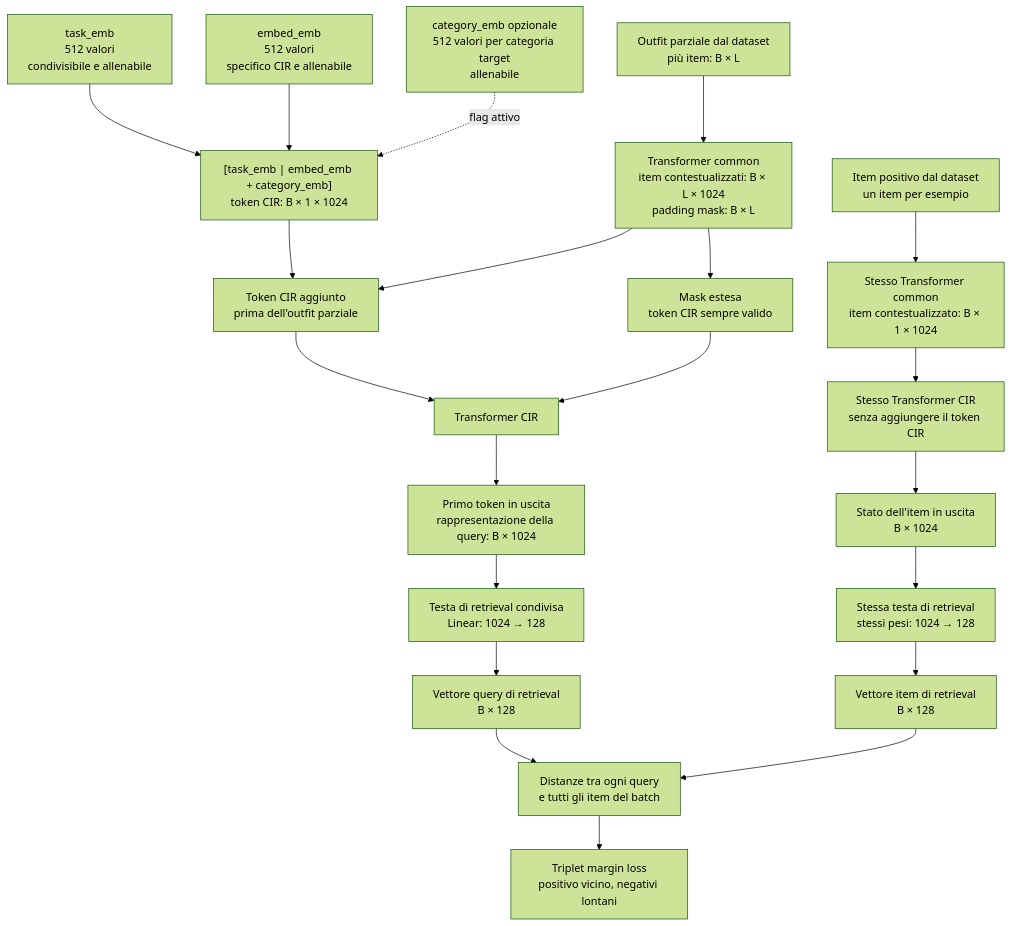
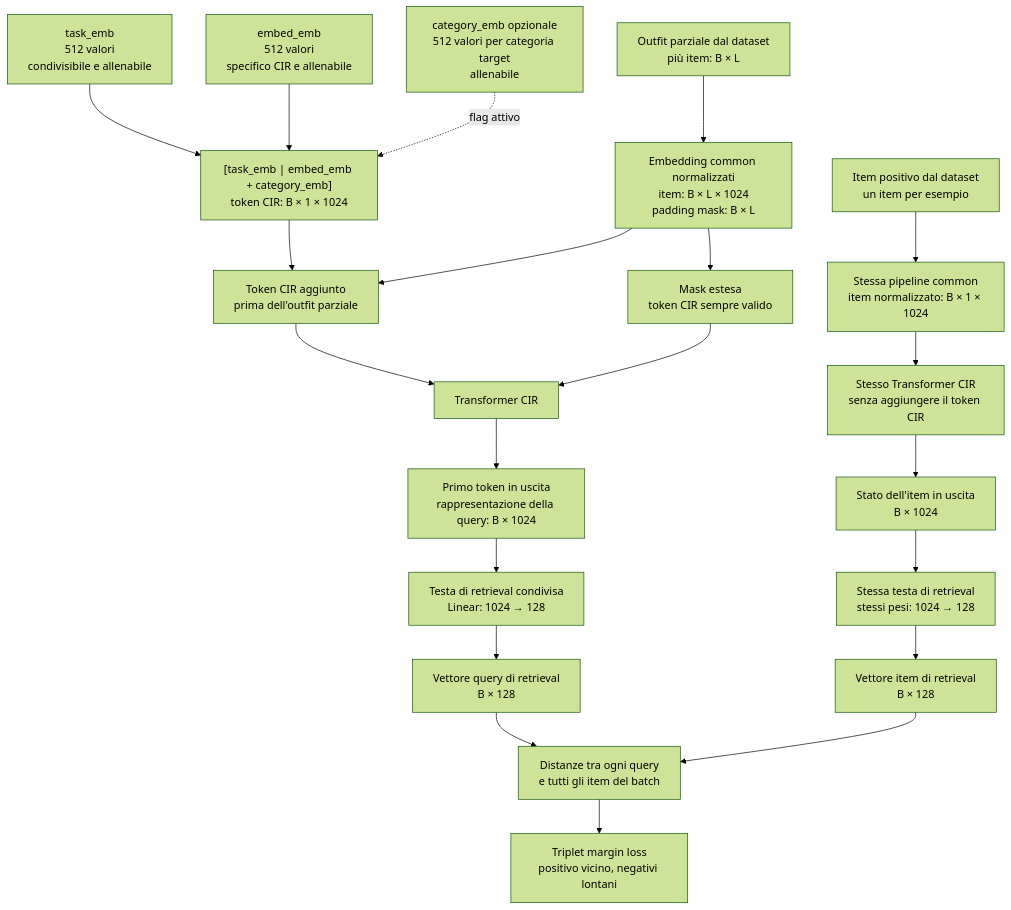
Before and after one commit to FlorindoDev/OutfitTransformer: the first of 2 diagrams in model/CIR/README.md, drawn with Mermaid (forest theme). The commit also changed other lines of this file and 25 other files, not shown here.

First line of the commit message:
refactor(model)!: remove common transformer

````diff
--- a/model/CIR/README.md
+++ b/model/CIR/README.md
@@ -46,48 +46,48 @@
 ```mermaid
 flowchart TD
     PARTIAL["Outfit parziale dal dataset<br/>più item: B × L"]
-    COMMON_QUERY["Transformer common<br/>item contestualizzati: B × L × 1024<br/>padding mask: B × L"]
+    COMMON_QUERY["Embedding common normalizzati<br/>item: B × L × 1024<br/>padding mask: B × L"]
     TASK["task_emb<br/>512 valori<br/>condivisibile e allenabile"]
     EMBED["embed_emb<br/>512 valori<br/>specifico CIR e allenabile"]
     CATEGORY["category_emb opzionale<br/>512 valori per categoria target<br/>allenabile"]
     TOKEN["[task_emb | embed_emb + category_emb]<br/>token CIR: B × 1 × 1024"]
     PREPEND["Token CIR aggiunto<br/>prima dell'outfit parziale"]
     MASK["Mask estesa<br/>token CIR sempre valido"]
     QUERY_TRANSFORMER["Transformer CIR"]
     QUERY_STATE["Primo token in uscita<br/>rappresentazione della query: B × 1024"]
     QUERY_HEAD["Testa di retrieval condivisa<br/>Linear: 1024 → 128"]
     QUERY_VECTOR["Vettore query di retrieval<br/>B × 128"]
 
     POSITIVE["Item positivo dal dataset<br/>un item per esempio"]
-    COMMON_ITEM["Stesso Transformer common<br/>item contestualizzato: B × 1 × 1024"]
+    COMMON_ITEM["Stessa pipeline common<br/>item normalizzato: B × 1 × 1024"]
     ITEM_TRANSFORMER["Stesso Transformer CIR<br/>senza aggiungere il token CIR"]
     ITEM_STATE["Stato dell'item in uscita<br/>B × 1024"]
     ITEM_HEAD["Stessa testa di retrieval<br/>stessi pesi: 1024 → 128"]
     ITEM_VECTOR["Vettore item di retrieval<br/>B × 128"]
 
     DISTANCE["Distanze tra ogni query<br/>e tutti gli item del batch"]
     LOSS["Triplet margin loss<br/>positivo vicino, negativi lontani"]
 
     PARTIAL --> COMMON_QUERY
     TASK --> TOKEN
     EMBED --> TOKEN
     CATEGORY -. flag attivo .-> TOKEN
     TOKEN --> PREPEND
     COMMON_QUERY --> PREPEND
     COMMON_QUERY --> MASK
     PREPEND --> QUERY_TRANSFORMER
     MASK --> QUERY_TRANSFORMER
     QUERY_TRANSFORMER --> QUERY_STATE
     QUERY_STATE --> QUERY_HEAD
     QUERY_HEAD --> QUERY_VECTOR
 
     POSITIVE --> COMMON_ITEM
     COMMON_ITEM --> ITEM_TRANSFORMER
     ITEM_TRANSFORMER --> ITEM_STATE
     ITEM_STATE --> ITEM_HEAD
     ITEM_HEAD --> ITEM_VECTOR
 
     QUERY_VECTOR --> DISTANCE
     ITEM_VECTOR --> DISTANCE
     DISTANCE --> LOSS
 ```
````
